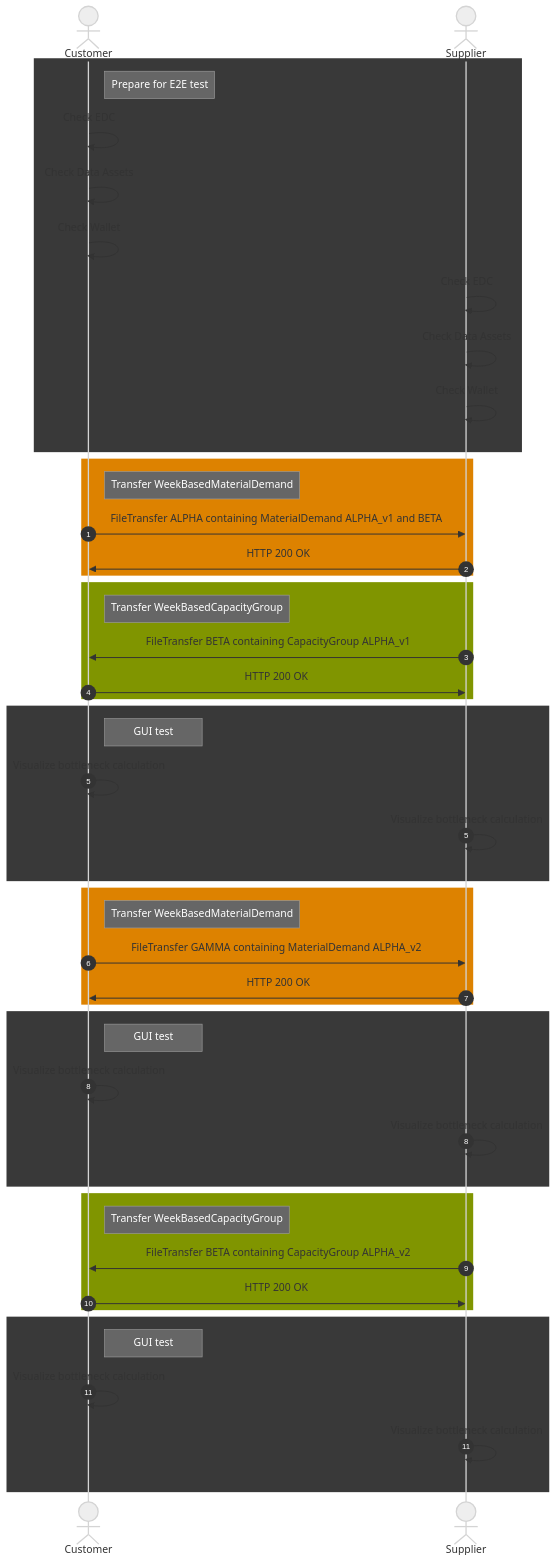
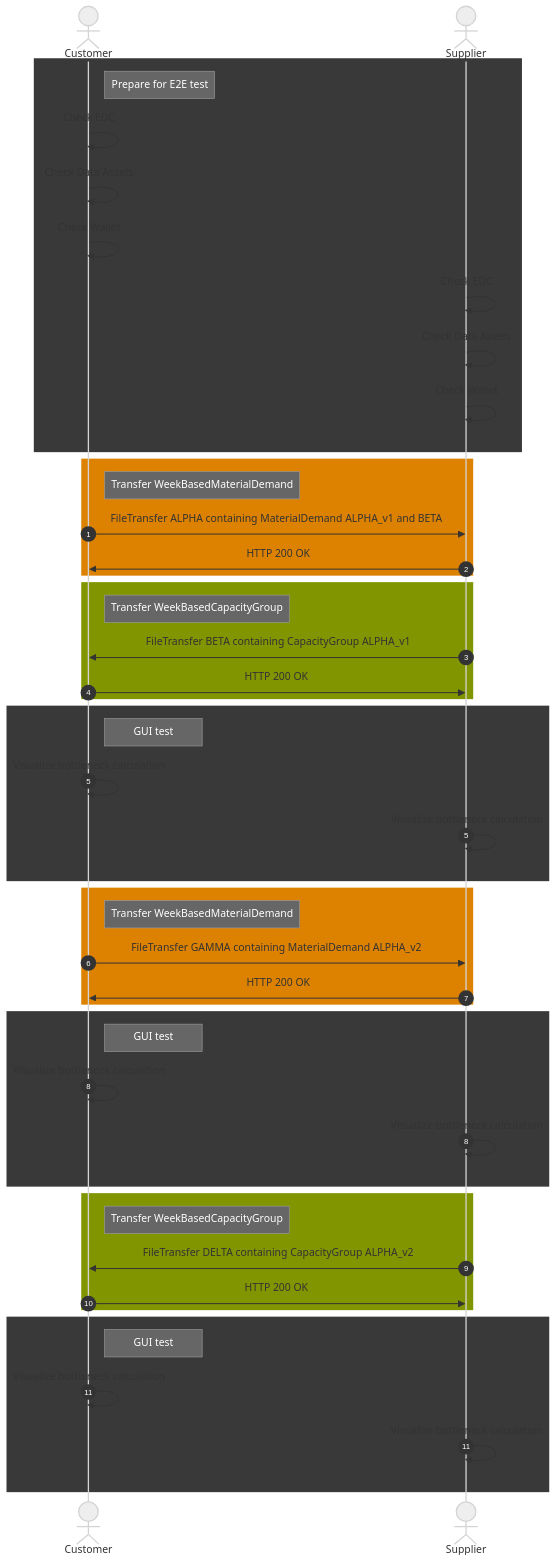
Before and after one commit to ClosedSourcerer/eclipse-tractusx.github.io: the sixth of 6 diagrams in docs-kits/kits/demand-and-capacity-management-kit/development-view/overview.md, drawn with Mermaid (neutral theme). The commit also changed 1 other file, not shown here.

Commit message:
WIP load factors and nesting tests

````diff
--- a/docs-kits/kits/demand-and-capacity-management-kit/development-view/overview.md
+++ b/docs-kits/kits/demand-and-capacity-management-kit/development-view/overview.md
@@ -415,54 +415,54 @@
 ``` mermaid
 sequenceDiagram
 actor c as Customer
 actor s as Supplier
 rect rgb(57,57,57)
   note right of c: Prepare for E2E test
   c->>c: Check EDC
   c->>c: Check Data Assets
   c->>c: Check Wallet
   s->>s: Check EDC
   s->>s: Check Data Assets
   s->>s: Check Wallet
 end
 rect rgb(221,130,0)
 autonumber 1
   note right of c: Transfer WeekBasedMaterialDemand
   c->>s: FileTransfer ALPHA containing MaterialDemand ALPHA_v1 and BETA
   s->>c: HTTP 200 OK
 end
 rect rgb(128,149,0)
   note right of c: Transfer WeekBasedCapacityGroup
   s->>c: FileTransfer BETA containing CapacityGroup ALPHA_v1
   c->>s: HTTP 200 OK
 end
 rect rgb(57,57,57)
   note right of c: GUI test
   c->>c: Visualize bottleneck calculation
   autonumber 5
   s->>s: Visualize bottleneck calculation
 end
 rect rgb(221,130,0)
 autonumber 6
   note right of c: Transfer WeekBasedMaterialDemand
   c->>s: FileTransfer GAMMA containing MaterialDemand ALPHA_v2
   s->>c: HTTP 200 OK
 end
 rect rgb(57,57,57)
   note right of c: GUI test
   c->>c: Visualize bottleneck calculation
   autonumber 8
   s->>s: Visualize bottleneck calculation
 end
 rect rgb(128,149,0)
   note right of c: Transfer WeekBasedCapacityGroup
-  s->>c: FileTransfer BETA containing CapacityGroup ALPHA_v2
+  s->>c: FileTransfer DELTA containing CapacityGroup ALPHA_v2
   c->>s: HTTP 200 OK
 end
 rect rgb(57,57,57)
   note right of c: GUI test
   c->>c: Visualize bottleneck calculation
   autonumber 11
   s->>s: Visualize bottleneck calculation
 end
 ```
````
